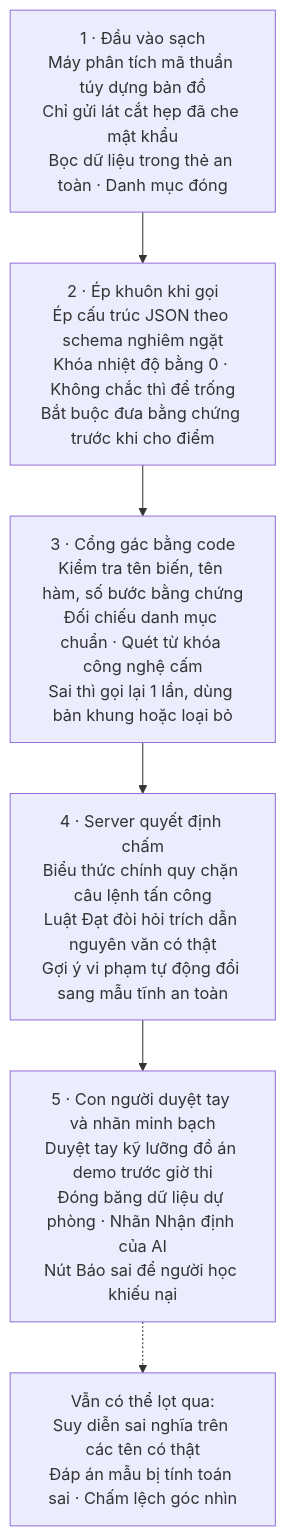
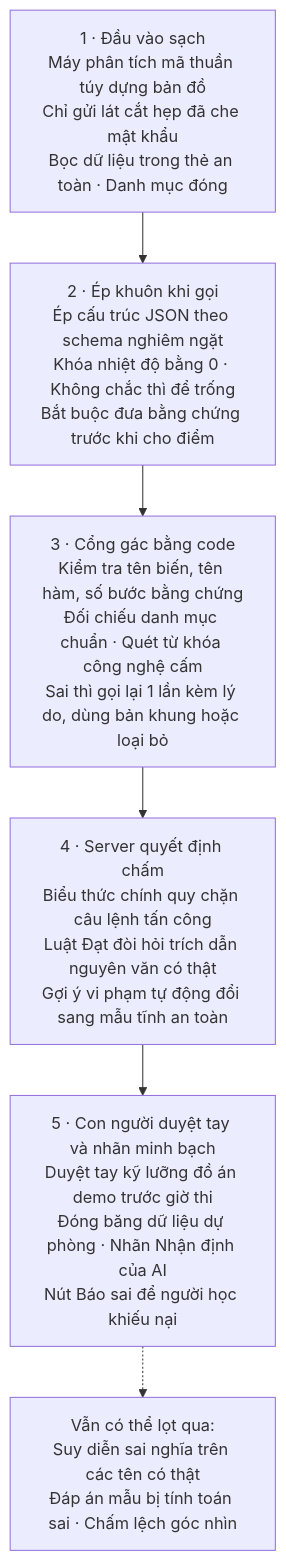
The fourth of 5 diagrams in doc-de-hieu/03_ai_va_cong_gac.md (huynhthanhnhannnh-pixel/Hackathon_SGU), drawn with Mermaid before and after one commit. The commit also changed other lines of this file and 14 other files, not shown here.

````diff
--- a/doc-de-hieu/03_ai_va_cong_gac.md
+++ b/doc-de-hieu/03_ai_va_cong_gac.md
@@ -432,11 +438,11 @@
 ```mermaid
 flowchart TB
   L1["1 · Đầu vào sạch<br/>Máy phân tích mã thuần túy dựng bản đồ<br/>Chỉ gửi lát cắt hẹp đã che mật khẩu<br/>Bọc dữ liệu trong thẻ an toàn · Danh mục đóng"]
   L2["2 · Ép khuôn khi gọi<br/>Ép cấu trúc JSON theo schema nghiêm ngặt<br/>Khóa nhiệt độ bằng 0 · Không chắc thì để trống<br/>Bắt buộc đưa bằng chứng trước khi cho điểm"]
-  L3["3 · Cổng gác bằng code<br/>Kiểm tra tên biến, tên hàm, số bước bằng chứng<br/>Đối chiếu danh mục chuẩn · Quét từ khóa công nghệ cấm<br/>Sai thì gọi lại 1 lần, dùng bản khung hoặc loại bỏ"]
+  L3["3 · Cổng gác bằng code<br/>Kiểm tra tên biến, tên hàm, số bước bằng chứng<br/>Đối chiếu danh mục chuẩn · Quét từ khóa công nghệ cấm<br/>Sai thì gọi lại 1 lần kèm lý do, dùng bản khung hoặc loại bỏ"]
   L4["4 · Server quyết định chấm<br/>Biểu thức chính quy chặn câu lệnh tấn công<br/>Luật Đạt đòi hỏi trích dẫn nguyên văn có thật<br/>Gợi ý vi phạm tự động đổi sang mẫu tĩnh an toàn"]
   L5["5 · Con người duyệt tay và nhãn minh bạch<br/>Duyệt tay kỹ lưỡng đồ án demo trước giờ thi<br/>Đóng băng dữ liệu dự phòng · Nhãn Nhận định của AI<br/>Nút Báo sai để người học khiếu nại"]
   R["Vẫn có thể lọt qua:<br/>Suy diễn sai nghĩa trên các tên có thật<br/>Đáp án mẫu bị tính toán sai · Chấm lệch góc nhìn"]
   L1 --> L2 --> L3 --> L4 --> L5
   L5 -.-> R
 ```
````
